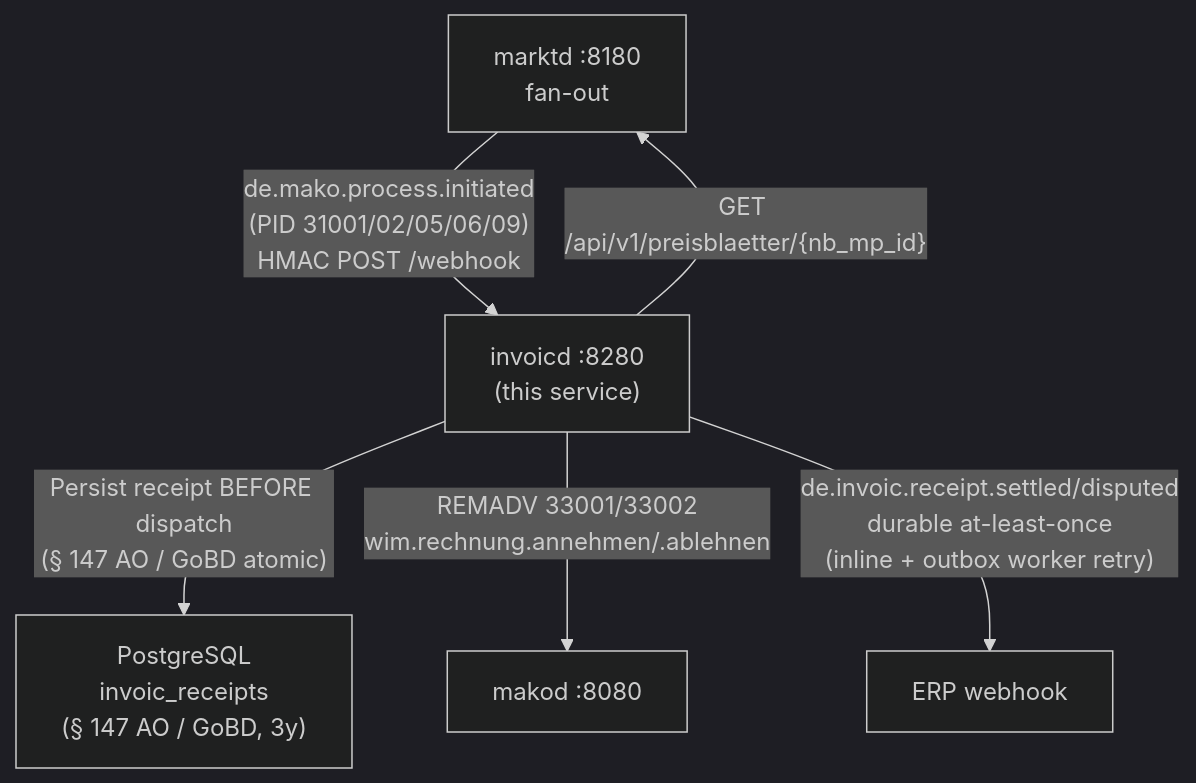
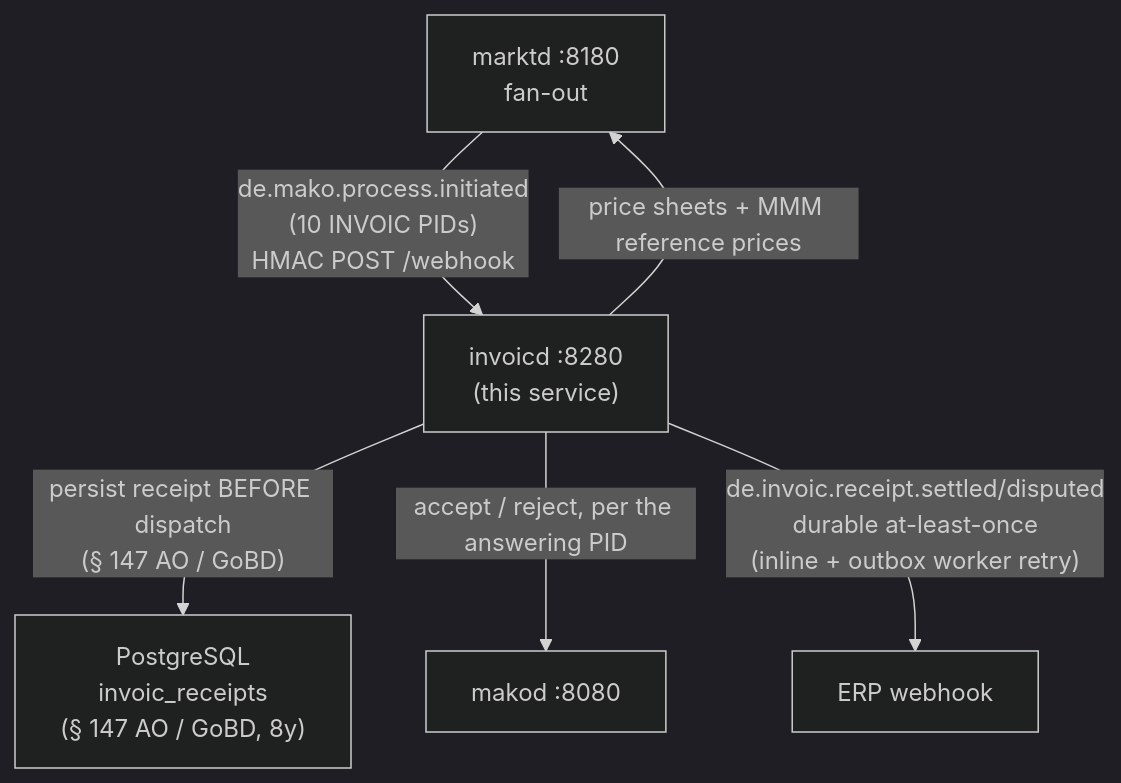
Before and after one commit to hupe1980/mako: the first of 2 diagrams in site/content/docs/services/invoicd.md, drawn with Mermaid (dark theme). The commit also changed other lines of this file and 63 other files, not shown here.

````diff
--- a/site/content/docs/services/invoicd.md
+++ b/site/content/docs/services/invoicd.md
@@ -19,13 +28,13 @@
 ```mermaid
 graph TB
     marktd["marktd :8180<br/>fan-out"]
     invoicd["invoicd :8280<br/>(this service)"]
     makod["makod :8080"]
-    pg["PostgreSQL<br/>invoic_receipts<br/>(§ 147 AO / GoBD, 3y)"]
+    pg["PostgreSQL<br/>invoic_receipts<br/>(§ 147 AO / GoBD, 8y)"]
 
-    marktd -->|"de.mako.process.initiated<br/>(PID 31001/02/05/06/09)<br/>HMAC POST /webhook"| invoicd
-    invoicd -->|"GET /api/v1/preisblaetter/{nb_mp_id}"| marktd
-    invoicd -->|"Persist receipt BEFORE dispatch<br/>(§ 147 AO / GoBD atomic)"| pg
-    invoicd -->|"REMADV 33001/33002<br/>wim.rechnung.annehmen/.ablehnen"| makod
+    marktd -->|"de.mako.process.initiated<br/>(10 INVOIC PIDs)<br/>HMAC POST /webhook"| invoicd
+    invoicd -->|"price sheets + MMM reference prices"| marktd
+    invoicd -->|"persist receipt BEFORE dispatch<br/>(§ 147 AO / GoBD)"| pg
+    invoicd -->|"accept / reject, per the answering PID"| makod
     invoicd -->|"de.invoic.receipt.settled/disputed<br/>durable at-least-once<br/>(inline + outbox worker retry)"| erp["ERP webhook"]
 ```
````
